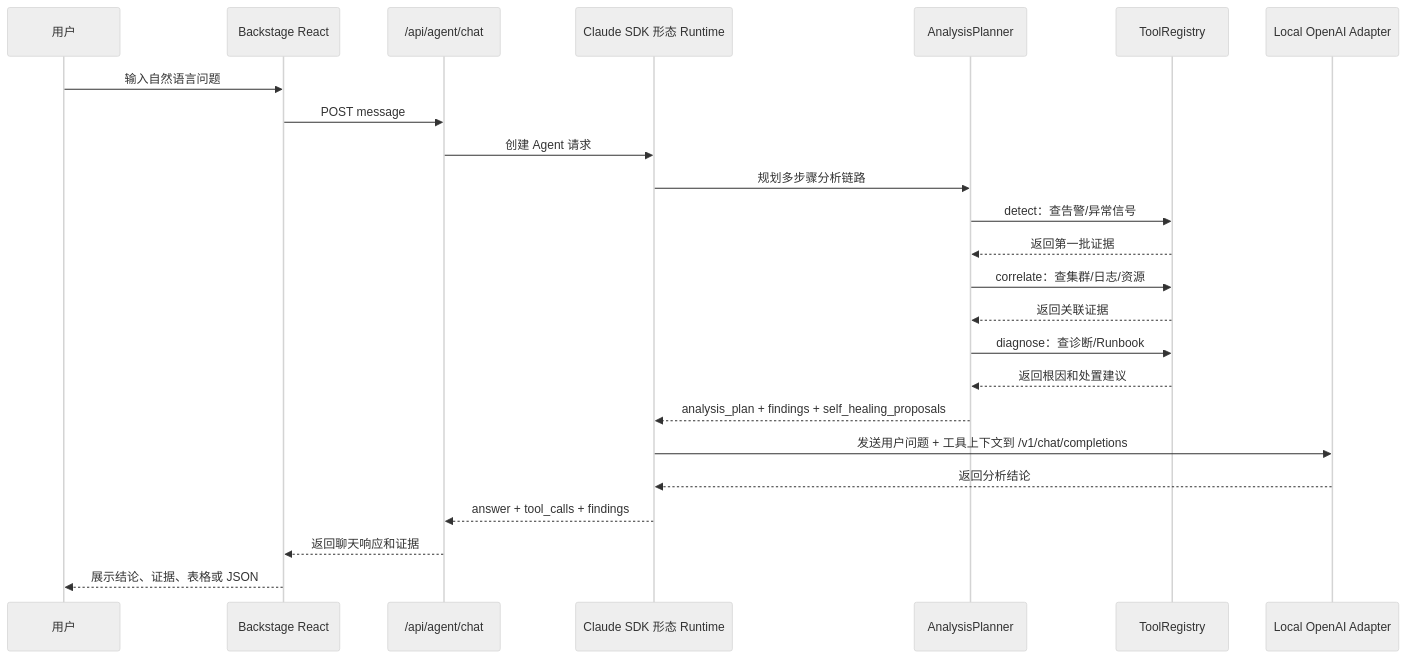
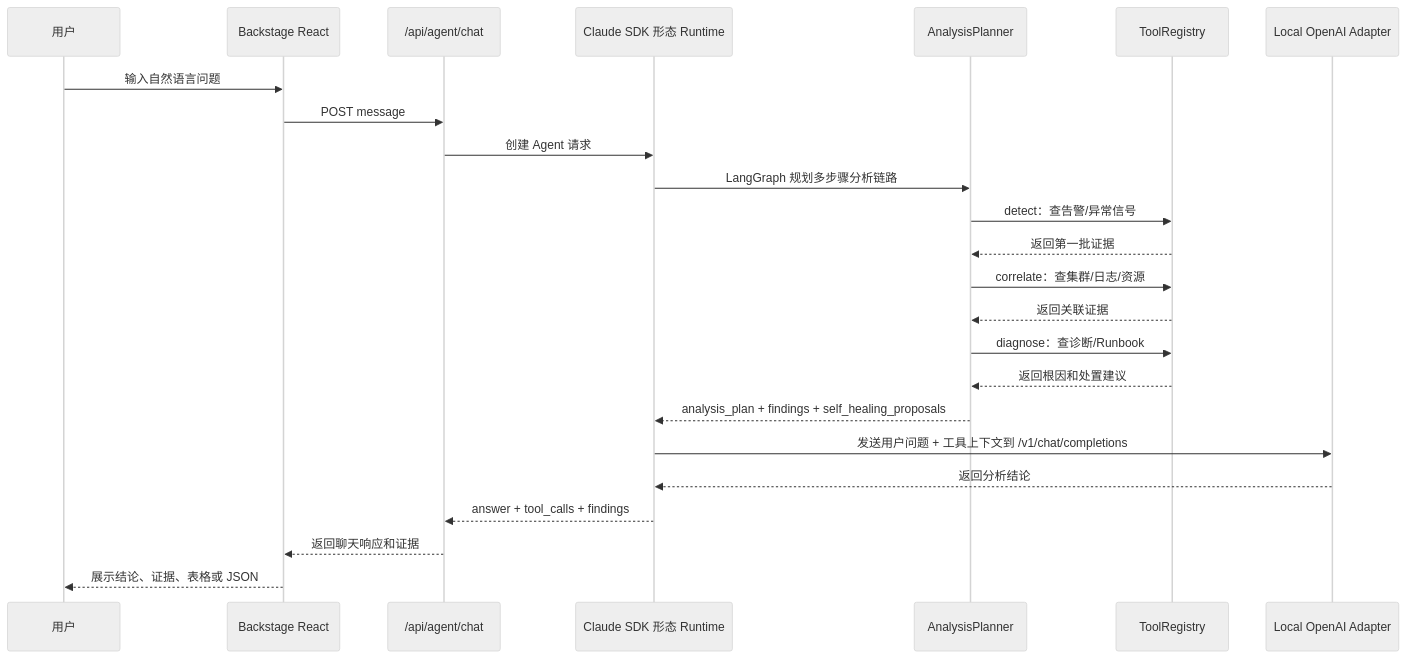
One commit to chunxili/aiops changed the second of 10 diagrams in README.md. Above: the diagram before and after it, drawn with Mermaid (neutral theme). The commit also changed other lines of this file and 4 other files, not shown here.

````diff
--- a/README.md
+++ b/README.md
@@ -85,27 +85,27 @@
 ```mermaid
 sequenceDiagram
   participant U as 用户
   participant B as Backstage React
   participant A as /api/agent/chat
   participant R as Claude SDK 形态 Runtime
   participant P as AnalysisPlanner
   participant T as ToolRegistry
   participant M as Local OpenAI Adapter
 
   U->>B: 输入自然语言问题
   B->>A: POST message
   A->>R: 创建 Agent 请求
-  R->>P: 规划多步骤分析链路
+  R->>P: LangGraph 规划多步骤分析链路
   P->>T: detect：查告警/异常信号
   T-->>P: 返回第一批证据
   P->>T: correlate：查集群/日志/资源
   T-->>P: 返回关联证据
   P->>T: diagnose：查诊断/Runbook
   T-->>P: 返回根因和处置建议
   P-->>R: analysis_plan + findings + self_healing_proposals
   R->>M: 发送用户问题 + 工具上下文到 /v1/chat/completions
   M-->>R: 返回分析结论
   R-->>A: answer + tool_calls + findings
   A-->>B: 返回聊天响应和证据
   B-->>U: 展示结论、证据、表格或 JSON
 ```
````
